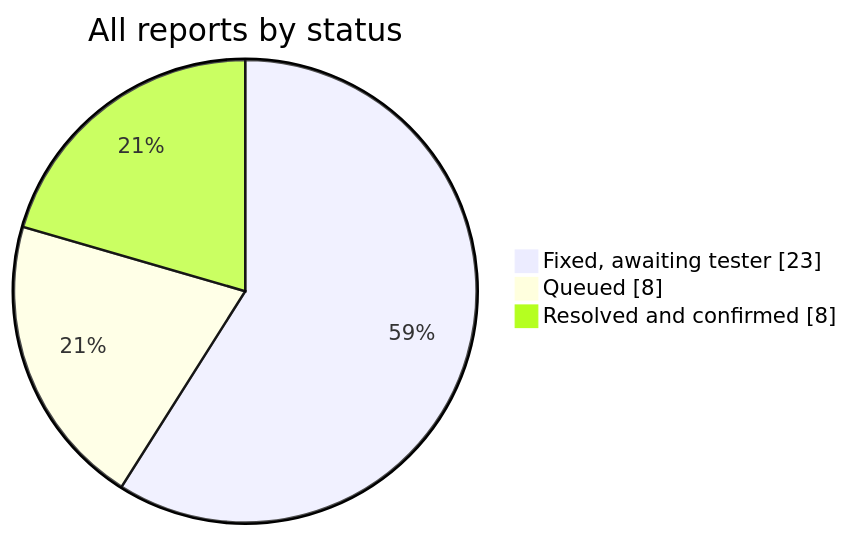
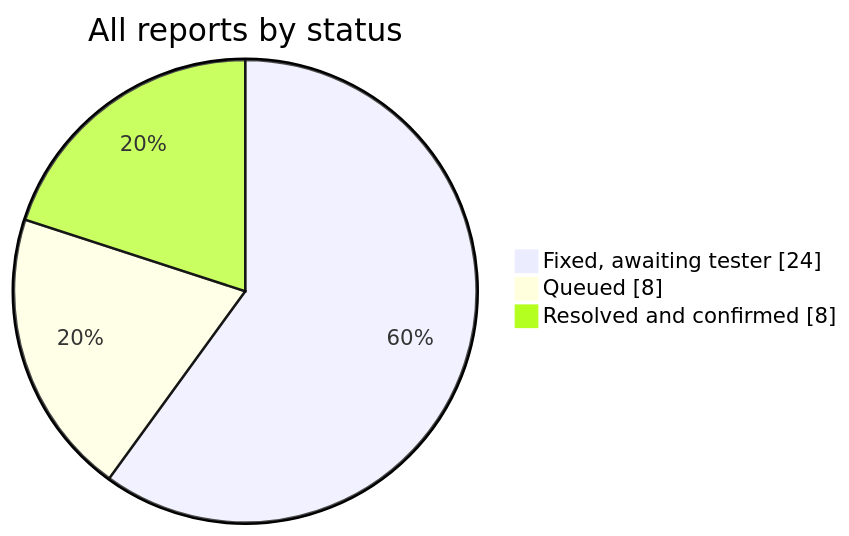
Before and after one commit to silkyclouds/pmda-tracker: the first of 3 diagrams in README.md, drawn with Mermaid. The commit also changed other lines of this file, not shown here.

````diff
--- a/README.md
+++ b/README.md
@@ -15,6 +15,6 @@
 ```mermaid
 pie showData title All reports by status
-    "Fixed, awaiting tester" : 23
+    "Fixed, awaiting tester" : 24
     "Queued" : 8
     "Resolved and confirmed" : 8
 ```
````
